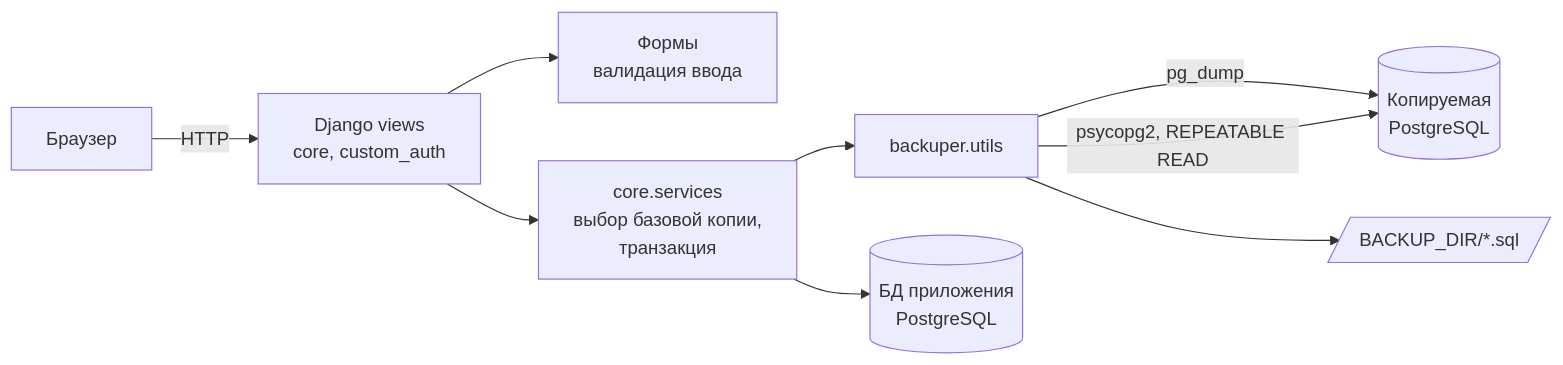
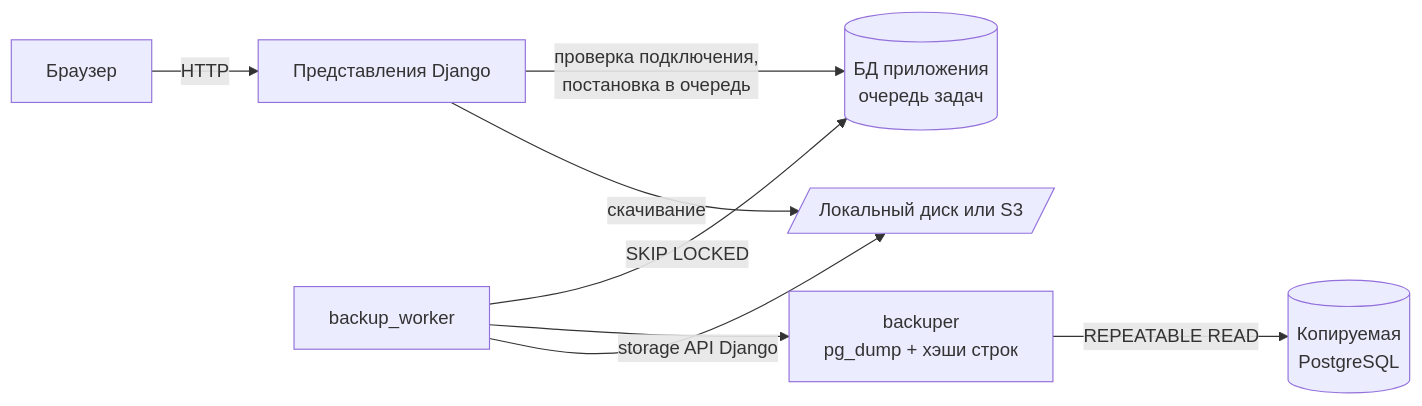
One commit to DogNellaf/data-studio changed the diagram in README.ru.md. Above: the diagram before and after it, drawn with Mermaid. The commit also changed other lines of this file and 60 other files, not shown here.

````diff
--- a/README.ru.md
+++ b/README.ru.md
@@ -115,11 +141,10 @@
 ```mermaid
 flowchart LR
-    U[Браузер] -->|HTTP| V[Django views<br/>core, custom_auth]
-    V --> F[Формы<br/>валидация ввода]
-    V --> S[core.services<br/>выбор базовой копии,<br/>транзакция]
-    S --> B[backuper.utils]
-    B -->|pg_dump| SRC[(Копируемая<br/>PostgreSQL)]
-    B -->|psycopg2, REPEATABLE READ| SRC
-    B --> FS[/BACKUP_DIR/*.sql/]
-    S --> DB[(БД приложения<br/>PostgreSQL)]
+    U[Браузер] -->|HTTP| V[Представления Django]
+    V -->|проверка подключения,<br/>постановка в очередь| Q[(БД приложения<br/>очередь задач)]
+    W[backup_worker] -->|SKIP LOCKED| Q
+    W --> B[backuper<br/>pg_dump + хэши строк]
+    B -->|REPEATABLE READ| SRC[(Копируемая<br/>PostgreSQL)]
+    W -->|storage API Django| ST[/Локальный диск или S3/]
+    V -->|скачивание| ST
 ```
````
